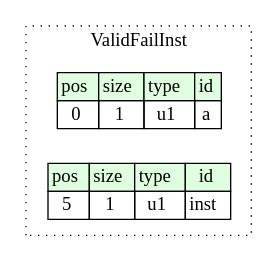
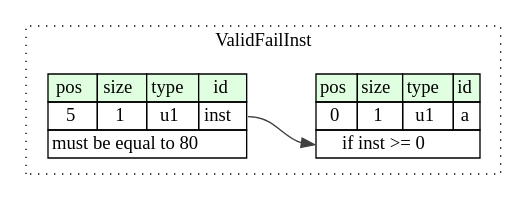
Before and after one commit to kaitai-io/ci_targets: the diagram in compiled/graphviz/valid_fail_inst.dot, drawn with Graphviz. The commit also changed 209 other files, not shown here.

```diff
--- a/compiled/graphviz/valid_fail_inst.dot
+++ b/compiled/graphviz/valid_fail_inst.dot
@@ -1,17 +1,20 @@
 digraph {
 	rankdir=LR;
 	node [shape=plaintext];
 	subgraph cluster__valid_fail_inst {
 		label="ValidFailInst";
 		graph[style=dotted];
 
 		valid_fail_inst__seq [label=<<TABLE BORDER="0" CELLBORDER="1" CELLSPACING="0">
 			<TR><TD BGCOLOR="#E0FFE0">pos</TD><TD BGCOLOR="#E0FFE0">size</TD><TD BGCOLOR="#E0FFE0">type</TD><TD BGCOLOR="#E0FFE0">id</TD></TR>
 			<TR><TD PORT="a_pos">0</TD><TD PORT="a_size">1</TD><TD>u1</TD><TD PORT="a_type">a</TD></TR>
+			<TR><TD COLSPAN="4" PORT="a__if">if inst &gt;= 0</TD></TR>
 		</TABLE>>];
 		valid_fail_inst__inst__inst [label=<<TABLE BORDER="0" CELLBORDER="1" CELLSPACING="0">
 			<TR><TD BGCOLOR="#E0FFE0">pos</TD><TD BGCOLOR="#E0FFE0">size</TD><TD BGCOLOR="#E0FFE0">type</TD><TD BGCOLOR="#E0FFE0">id</TD></TR>
 			<TR><TD PORT="inst_pos">5</TD><TD PORT="inst_size">1</TD><TD>u1</TD><TD PORT="inst_type">inst</TD></TR>
+			<TR><TD COLSPAN="4" PORT="inst__valid">must be equal to 80</TD></TR>
 		</TABLE>>];
 	}
+	valid_fail_inst__inst__inst:inst_type -> valid_fail_inst__seq:a__if [color="#404040"];
 }
```
